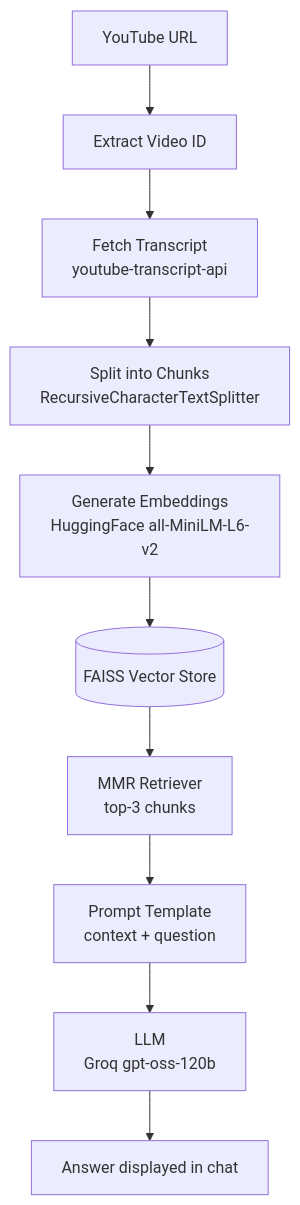
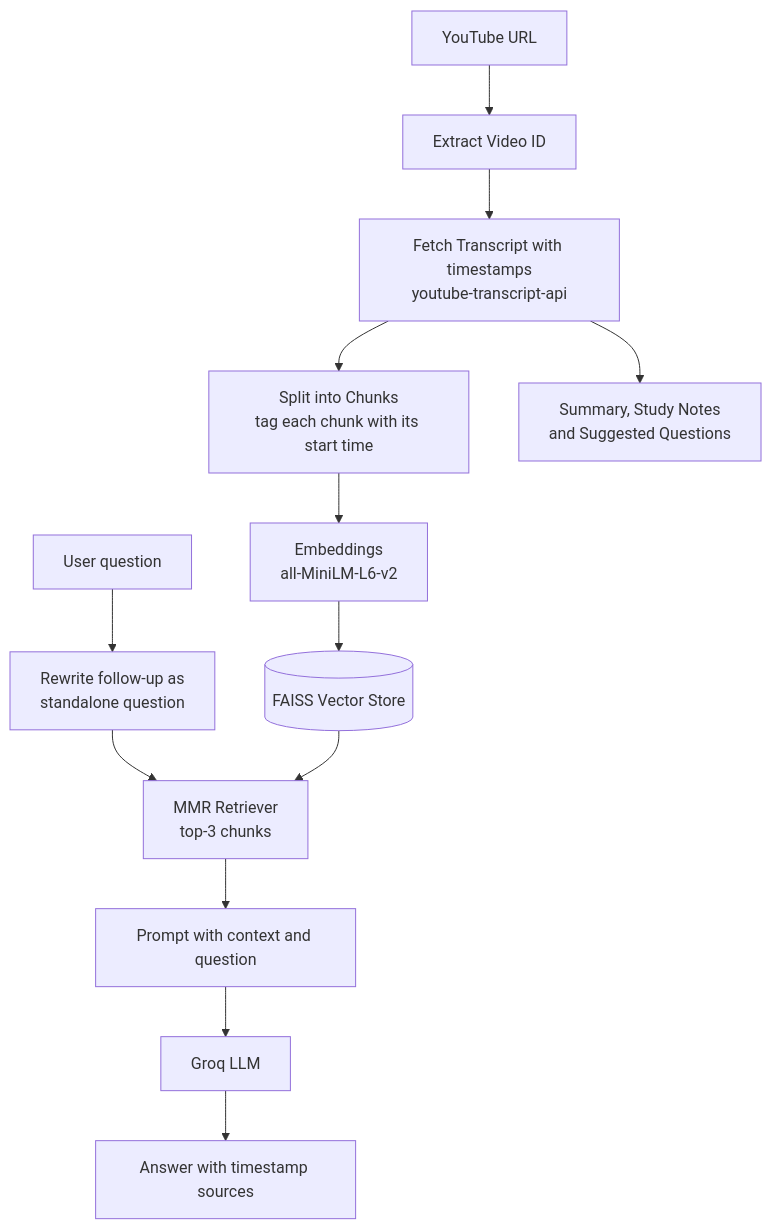
The diagram in README.md (AditiVashisth2705/Youtube-RAG-Chatbot), drawn with Mermaid before and after one commit. The commit also changed other lines of this file, not shown here.

Commit message:
Update README: new features and user testing

````diff
--- a/README.md
+++ b/README.md
@@ -27,12 +39,16 @@
 ```mermaid
 graph TD
     A[YouTube URL] --> B[Extract Video ID]
-    B --> C[Fetch Transcript<br/>youtube-transcript-api]
-    C --> D[Split into Chunks<br/>RecursiveCharacterTextSplitter]
-    D --> E[Generate Embeddings<br/>HuggingFace all-MiniLM-L6-v2]
+    B --> C[Fetch Transcript with timestamps<br/>youtube-transcript-api]
+    C --> D[Split into Chunks<br/>tag each chunk with its start time]
+    D --> E[Embeddings<br/>all-MiniLM-L6-v2]
     E --> F[(FAISS Vector Store)]
-    F --> G[MMR Retriever<br/>top-3 chunks]
-    G --> H[Prompt Template<br/>context + question]
-    H --> I[LLM<br/>Groq gpt-oss-120b]
-    I --> J[Answer displayed in chat]
+    C --> S[Summary, Study Notes<br/>and Suggested Questions]
+
+    Q[User question] --> R[Rewrite follow-up as<br/>standalone question]
+    R --> G[MMR Retriever<br/>top-3 chunks]
+    F --> G
+    G --> H[Prompt with context and question]
+    H --> I[Groq LLM]
+    I --> J[Answer with timestamp sources]
 ```
````
